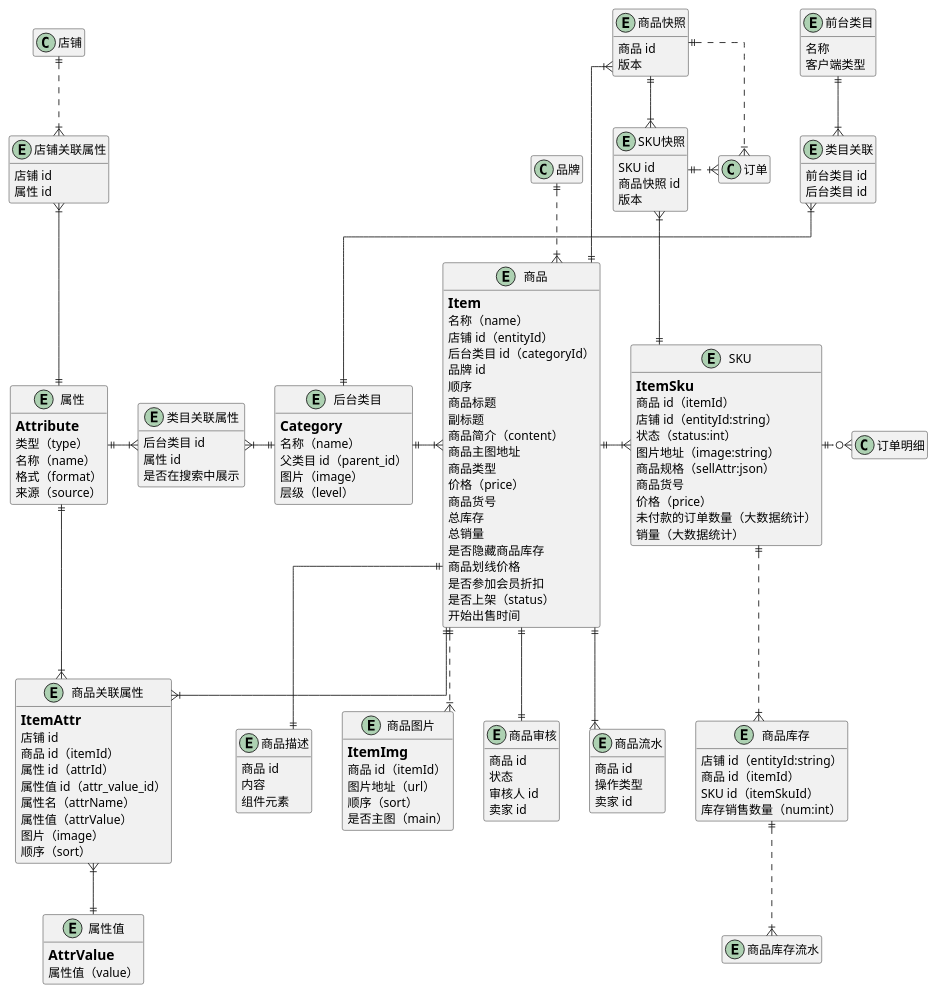
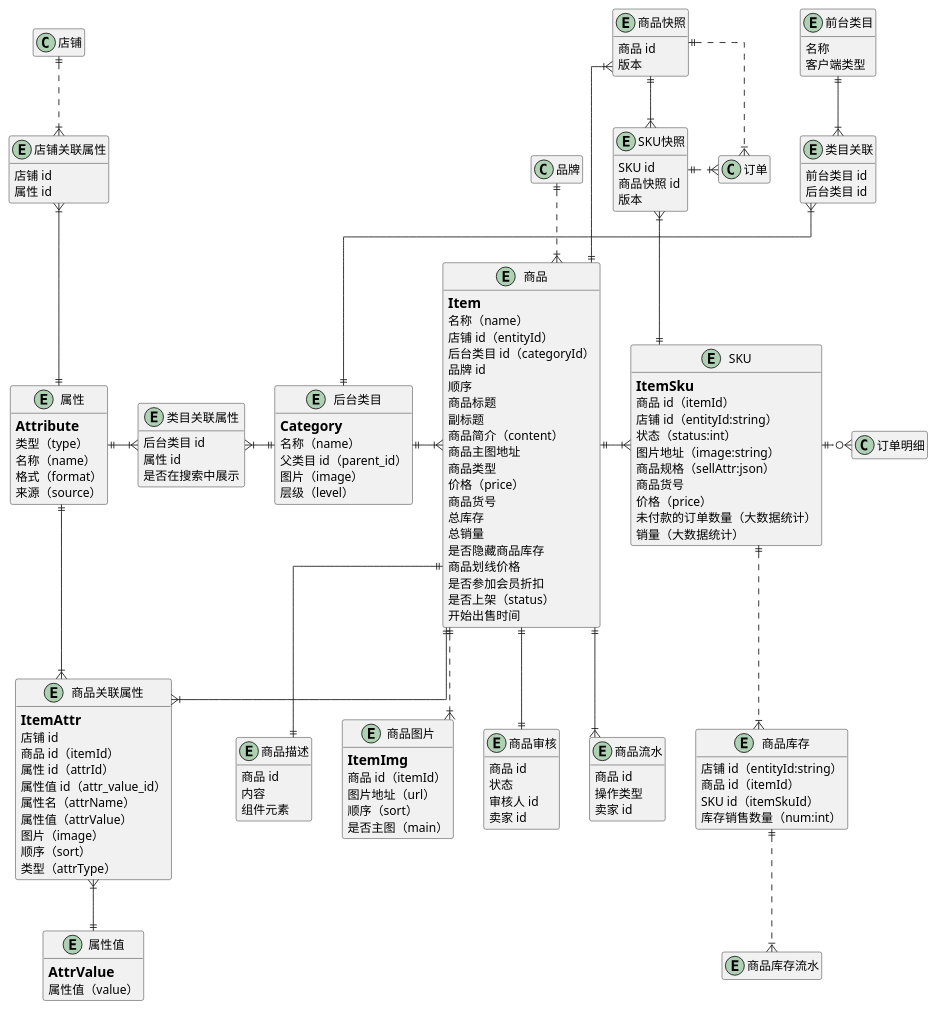
One commit to awesomecat2020/mock-mall changed the diagram in doc/商品.puml. Above: the diagram before and after it, drawn with PlantUML. The commit also changed 32 other files, not shown here.

```diff
--- a/doc/商品.puml
+++ b/doc/商品.puml
@@ -187,6 +187,7 @@
     属性值（attrValue）
     图片（image）
     顺序（sort）
+    类型（attrType）
 }
 entity 属性值 {
 ==AttrValue
```
